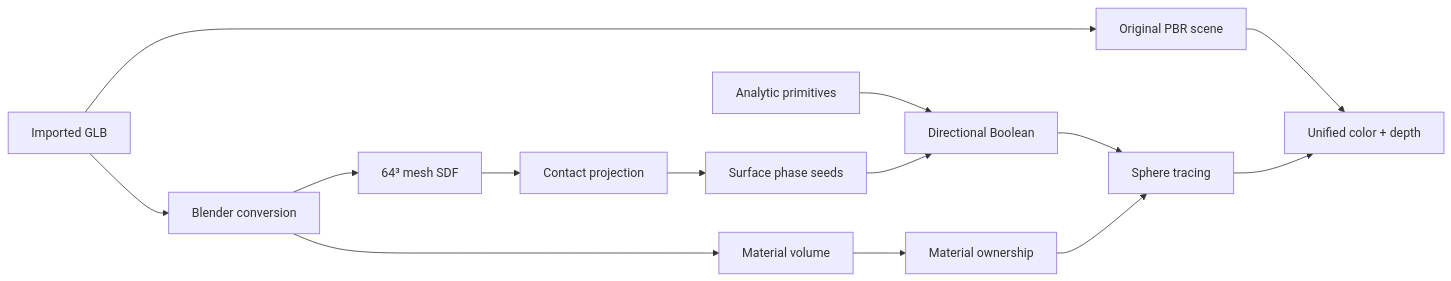
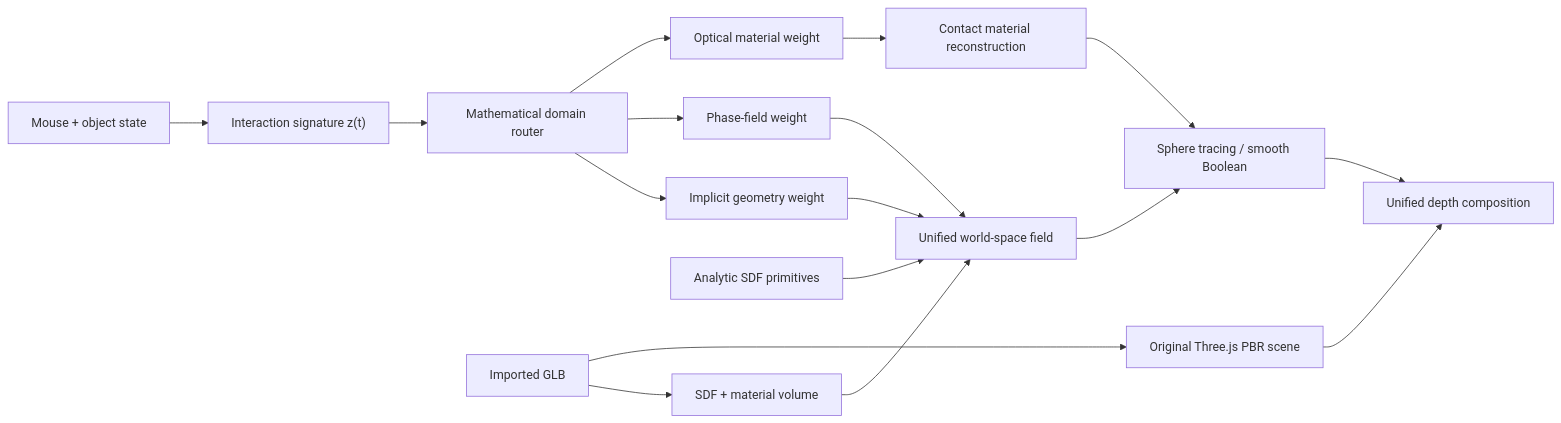
Before and after one commit to hippoley/meltmesh: the diagram in README.md, drawn with Mermaid. The commit also changed other lines of this file and 5 other files, not shown here.

Commit message:
Add adaptive mathematical domain router

````diff
--- a/README.md
+++ b/README.md
@@ -102,16 +154,19 @@
 ```mermaid
 flowchart LR
-    GLB["Imported GLB"] --> PBR["Original PBR scene"]
-    GLB --> Blender["Blender conversion"]
-    Blender --> SDF["64³ mesh SDF"]
-    Blender --> Material["Material volume"]
-    Primitive["Analytic primitives"] --> Boolean["Directional Boolean"]
-    SDF --> Contact["Contact projection"]
-    Contact --> Phase["Surface phase seeds"]
-    Phase --> Boolean
-    Material --> Ownership["Material ownership"]
-    Boolean --> Raymarch["Sphere tracing"]
-    Ownership --> Raymarch
-    PBR --> Composite["Unified color + depth"]
-    Raymarch --> Composite
+    I["Mouse + object state"] --> Z["Interaction signature z(t)"]
+    Z --> R["Mathematical domain router"]
+    R --> G["Implicit geometry weight"]
+    R --> P["Phase-field weight"]
+    R --> O["Optical material weight"]
+    A["Analytic SDF primitives"] --> V["Unified world-space field"]
+    B["Imported GLB"] --> C["SDF + material volume"]
+    C --> V
+    G --> V
+    P --> V
+    O --> M["Contact material reconstruction"]
+    V --> S["Sphere tracing / smooth Boolean"]
+    M --> S
+    B --> T["Original Three.js PBR scene"]
+    S --> D["Unified depth composition"]
+    T --> D
 ```
````
